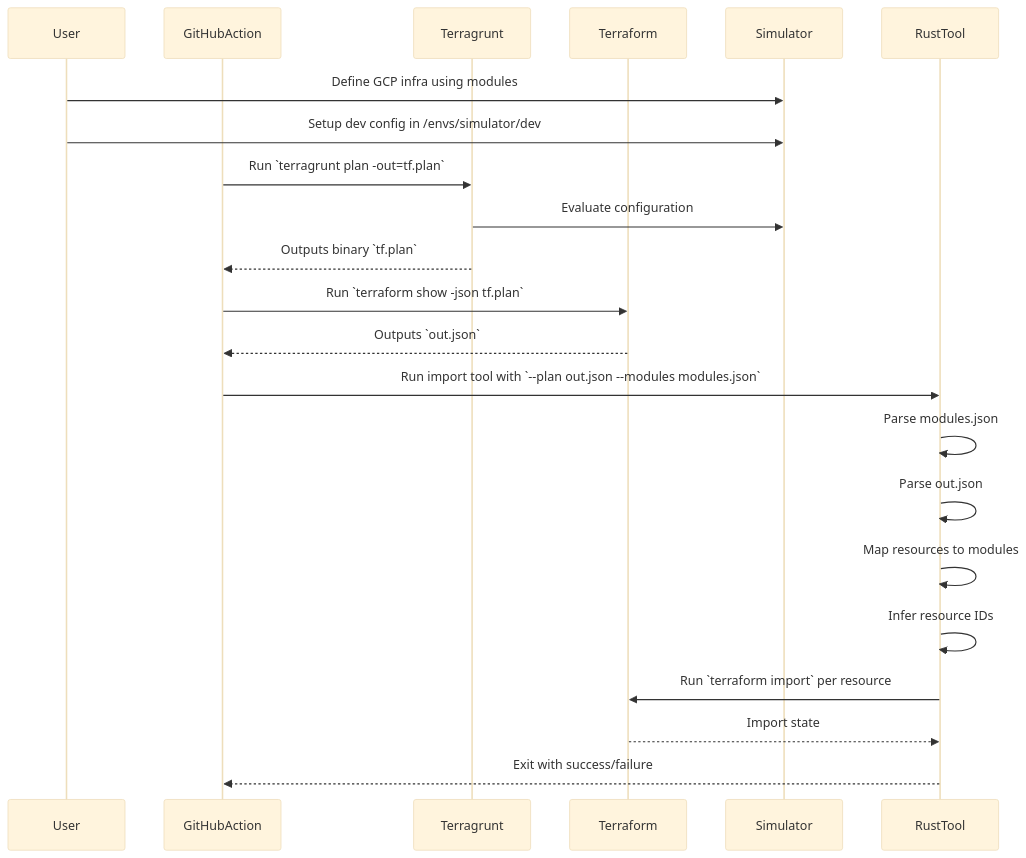
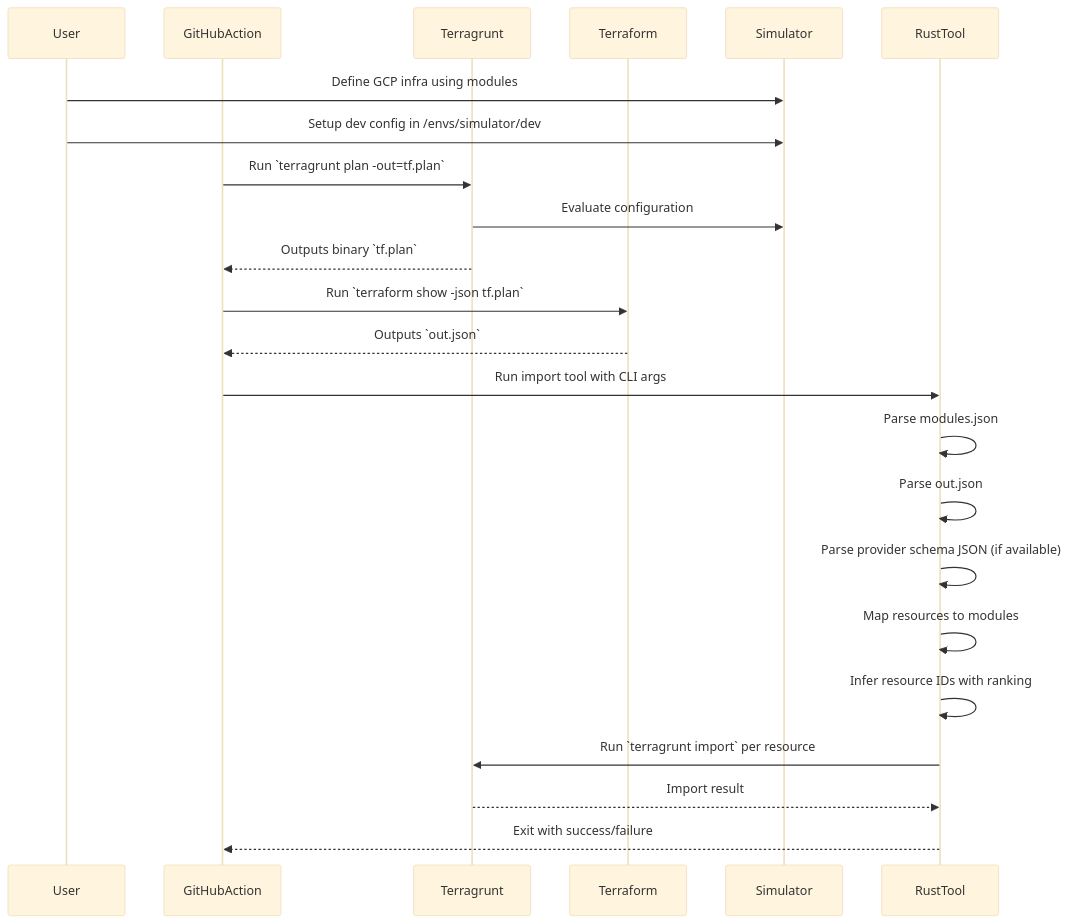
One commit to casibbald/terragrunt-import-from-plan changed the first of 5 diagrams in docs/approach.md. Above: the diagram before and after it, drawn with Mermaid (base theme). The commit also changed other lines of this file and 5 other files, not shown here.

Commit message:
Extracting candidate fields, but falling back to static schema

````diff
--- a/docs/approach.md
+++ b/docs/approach.md
@@ -3,31 +9,31 @@
 ```mermaid
 sequenceDiagram
     participant User
     participant GitHubAction
     participant Terragrunt
     participant Terraform
     participant Simulator
     participant RustTool
 
     User->>Simulator: Define GCP infra using modules
     User->>Simulator: Setup dev config in /envs/simulator/dev
 
     GitHubAction->>Terragrunt: Run `terragrunt plan -out=tf.plan`
     Terragrunt->>Simulator: Evaluate configuration
     Terragrunt-->>GitHubAction: Outputs binary `tf.plan`
 
     GitHubAction->>Terraform: Run `terraform show -json tf.plan`
     Terraform-->>GitHubAction: Outputs `out.json`
 
-    GitHubAction->>RustTool: Run import tool with `--plan out.json --modules modules.json`
+    GitHubAction->>RustTool: Run import tool with CLI args
 
     RustTool->>RustTool: Parse modules.json
     RustTool->>RustTool: Parse out.json
+    RustTool->>RustTool: Parse provider schema JSON (if available)
     RustTool->>RustTool: Map resources to modules
-    RustTool->>RustTool: Infer resource IDs
-    RustTool->>Terraform: Run `terraform import` per resource
+    RustTool->>RustTool: Infer resource IDs with ranking
+    RustTool->>Terragrunt: Run `terragrunt import` per resource
 
-    Terraform-->>RustTool: Import state
+    Terragrunt-->>RustTool: Import result
     RustTool-->>GitHubAction: Exit with success/failure
-
 ```
````
